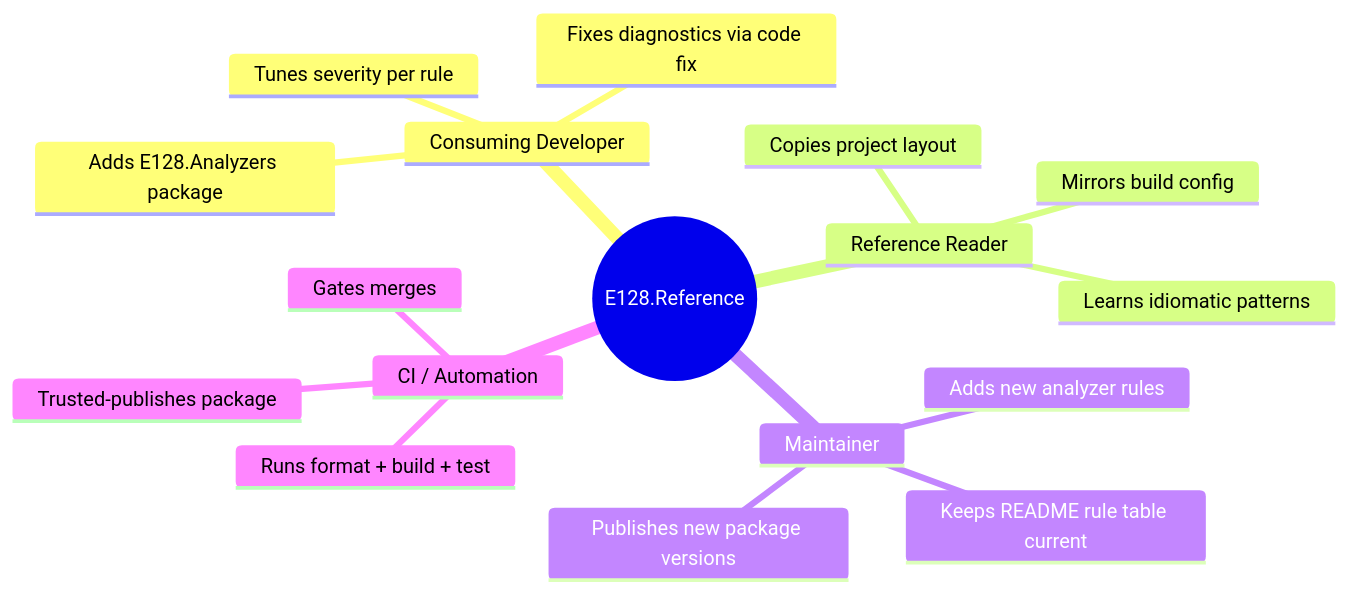
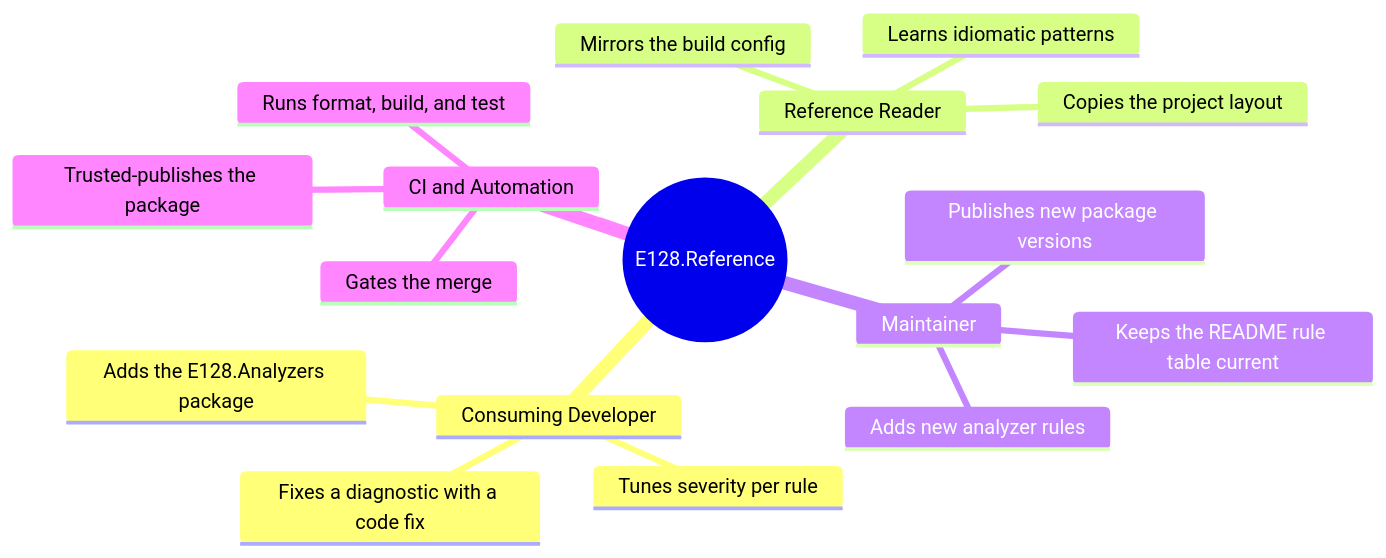
The first of 3 diagrams in docs/overview/product.md (e128/dotnet-reference), drawn with Mermaid before and after one commit. The commit also changed other lines of this file and 20 other files, not shown here.

````diff
--- a/docs/overview/product.md
+++ b/docs/overview/product.md
@@ -11,20 +11,20 @@
 ```mermaid
 mindmap
   root((E128.Reference))
     Consuming Developer
-      Adds E128.Analyzers package
-      Fixes diagnostics via code fix
+      Adds the E128.Analyzers package
+      Fixes a diagnostic with a code fix
       Tunes severity per rule
     Reference Reader
-      Copies project layout
-      Mirrors build config
+      Copies the project layout
+      Mirrors the build config
       Learns idiomatic patterns
     Maintainer
       Adds new analyzer rules
-      Keeps README rule table current
+      Keeps the README rule table current
       Publishes new package versions
-    CI / Automation
-      Runs format + build + test
-      Gates merges
-      Trusted-publishes package
+    CI and Automation
+      Runs format, build, and test
+      Gates the merge
+      Trusted-publishes the package
 ```
````
